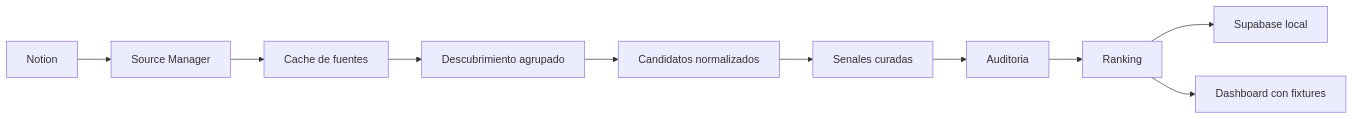
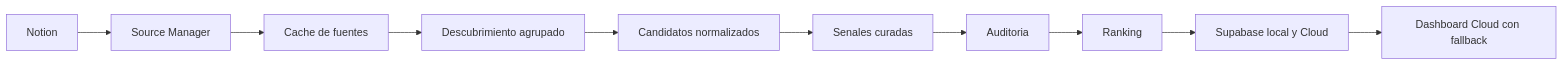
The diagram in docs/ai-radar-current-state.md (PedroHincapie/codex-), drawn with Mermaid before and after one commit. The commit also changed other lines of this file and 18 other files, not shown here.

Commit message:
feat: conectar AI Radar con Supabase Cloud

````diff
--- a/docs/ai-radar-current-state.md
+++ b/docs/ai-radar-current-state.md
@@ -13,12 +13,12 @@
 ```mermaid
 flowchart LR
   N[Notion] --> M[Source Manager]
   M --> C[Cache de fuentes]
   C --> D[Descubrimiento agrupado]
   D --> K[Candidatos normalizados]
   K --> S[Senales curadas]
   S --> A[Auditoria]
   A --> R[Ranking]
-  R --> P[Supabase local]
-  R --> U[Dashboard con fixtures]
+  R --> P[Supabase local y Cloud]
+  P --> U[Dashboard Cloud con fallback]
 ```
````
